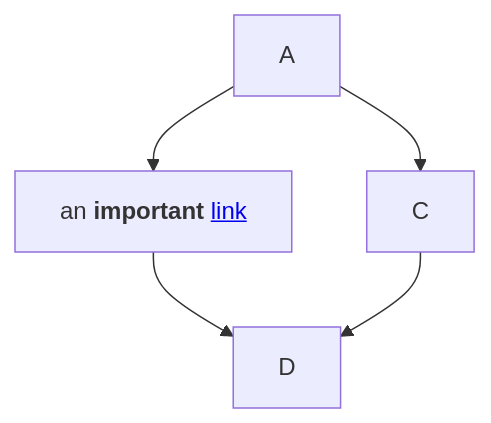
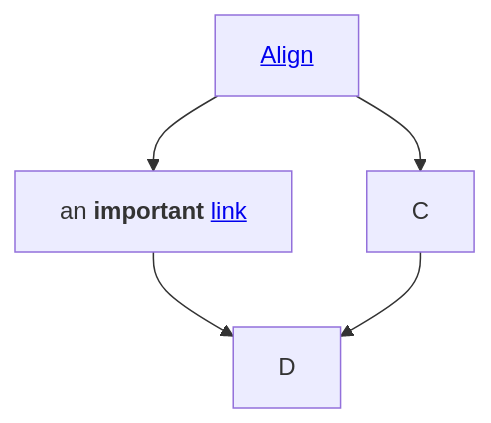
One commit to SourCherries/fad changed the diagram in README.md. Above: the diagram before and after it, drawn with Mermaid.

Commit message:
overview graph with links to other README (links on same page?)

````diff
--- a/README.md
+++ b/README.md
@@ -5,8 +5,9 @@
 ```mermaid
     graph TD;
         B[an <b>important</b> <a href='http://google.com'>link</a>]
+        A[<a href='demos/align/1_basic/README.md'>Align</a>]
         A-->B;
         A-->C;
         B-->D;
         C-->D;    
 ```
````
